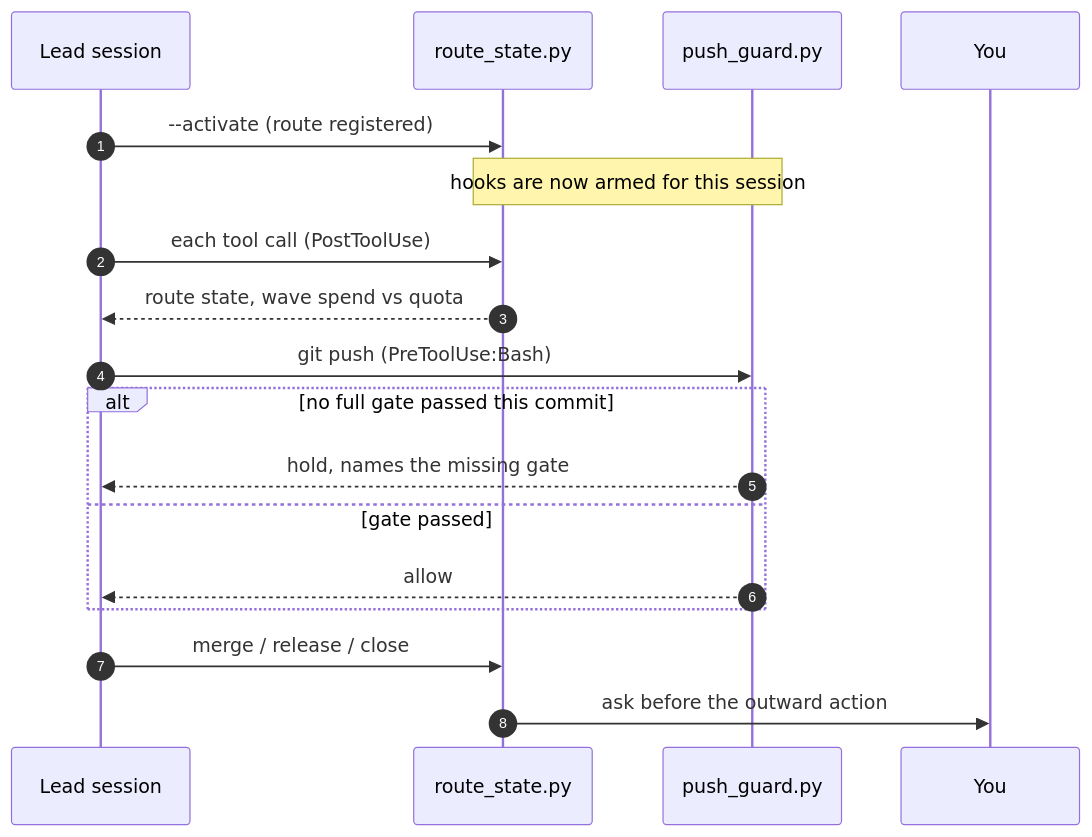
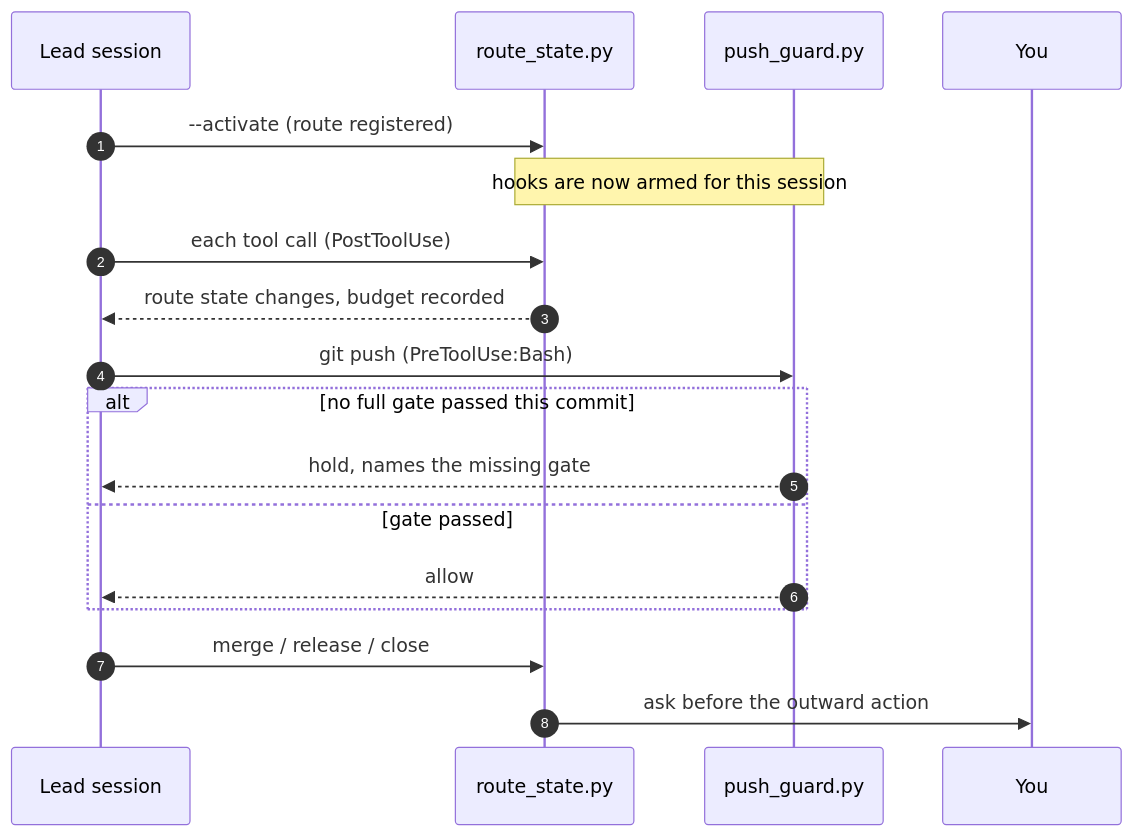
The third of 3 diagrams in README.md (Wintersta7e/decision-spec-plan), drawn with Mermaid before and after one commit. The commit also changed other lines of this file and 1 other file, not shown here.

Commit message:
docs(readme,tests): say the hook shows the recorded budget
- the hook injects the recorded budget, not spend
- spend is computed only when a dispatch is held

````diff
--- a/README.md
+++ b/README.md
@@ -121,21 +121,21 @@
 ```mermaid
 sequenceDiagram
     autonumber
     participant L as Lead session
     participant RS as route_state.py
     participant PG as push_guard.py
     participant U as You
 
     L->>RS: --activate (route registered)
     Note over RS,PG: hooks are now armed for this session
     L->>RS: each tool call (PostToolUse)
-    RS-->>L: route state, wave spend vs quota
+    RS-->>L: route state changes, budget recorded
     L->>PG: git push (PreToolUse:Bash)
     alt no full gate passed this commit
         PG-->>L: hold, names the missing gate
     else gate passed
         PG-->>L: allow
     end
     L->>RS: merge / release / close
     RS->>U: ask before the outward action
 ```
````
